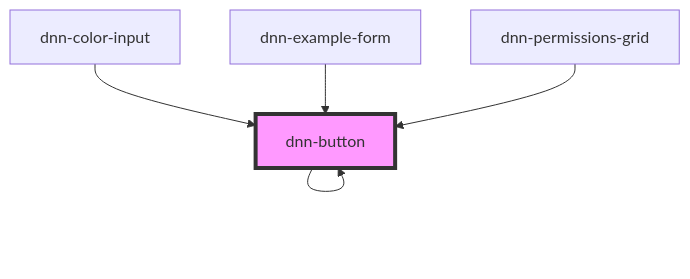
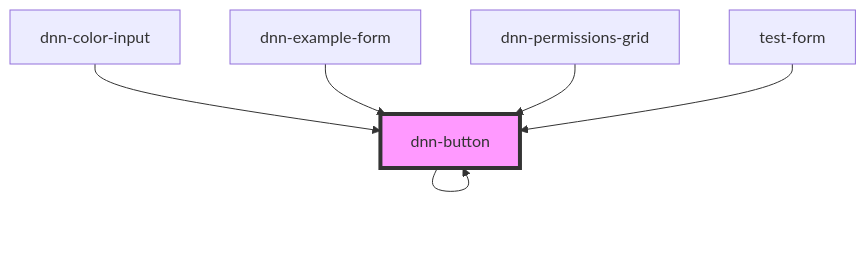
Before and after one commit to DNNCommunity/dnn-elements: the diagram in packages/stencil-library/src/components/dnn-button/readme.md, drawn with Mermaid. The commit also changed other lines of this file and 17 other files, not shown here.

````diff
--- a/packages/stencil-library/src/components/dnn-button/readme.md
+++ b/packages/stencil-library/src/components/dnn-button/readme.md
@@ -97,8 +98,9 @@
 ```mermaid
 graph TD;
   dnn-button --> dnn-button
   dnn-color-input --> dnn-button
   dnn-example-form --> dnn-button
   dnn-permissions-grid --> dnn-button
+  test-form --> dnn-button
   style dnn-button fill:#f9f,stroke:#333,stroke-width:4px
 ```
````
